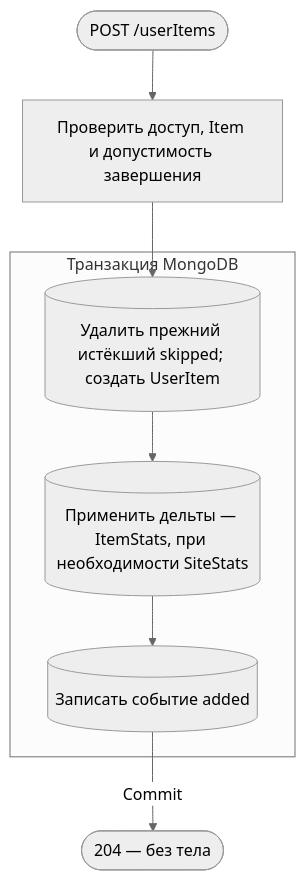
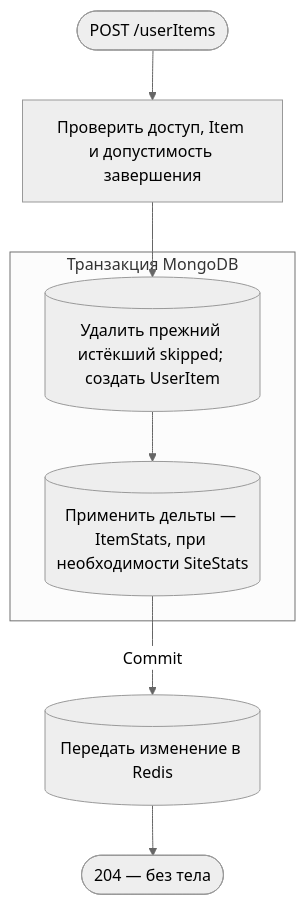
Before and after one commit to AmyGrooove/f95-tinder: the third of 9 diagrams in apps/api/public/docs/api/requestFlows/userItems.md, drawn with Mermaid (neutral theme). The commit also changed other lines of this file and 130 other files, not shown here.

````diff
--- a/apps/api/public/docs/api/requestFlows/userItems.md
+++ b/apps/api/public/docs/api/requestFlows/userItems.md
@@ -66,13 +66,13 @@
 ```mermaid
 flowchart TD
     accTitle: Добавление произведения в библиотеку
     accDescr: Проверить доступ и Item, создать UserItem со статистикой в транзакции и вернуть запись
     A(["POST /userItems"]):::http --> B["Проверить доступ, Item и допустимость завершения"]:::action
     subgraph TX["Транзакция MongoDB"]
         C[("Удалить прежний истёкший skipped; создать UserItem")]:::data
         C --> D[("Применить дельты — ItemStats, при необходимости SiteStats")]:::data
-        D --> H[("Записать событие added")]:::data
     end
     B --> C
-    H -->|Commit| R(["204 — без тела"]):::http
+    D -->|Commit| H[("Передать изменение в Redis")]:::data
+    H --> R(["204 — без тела"]):::http
 ```
````
